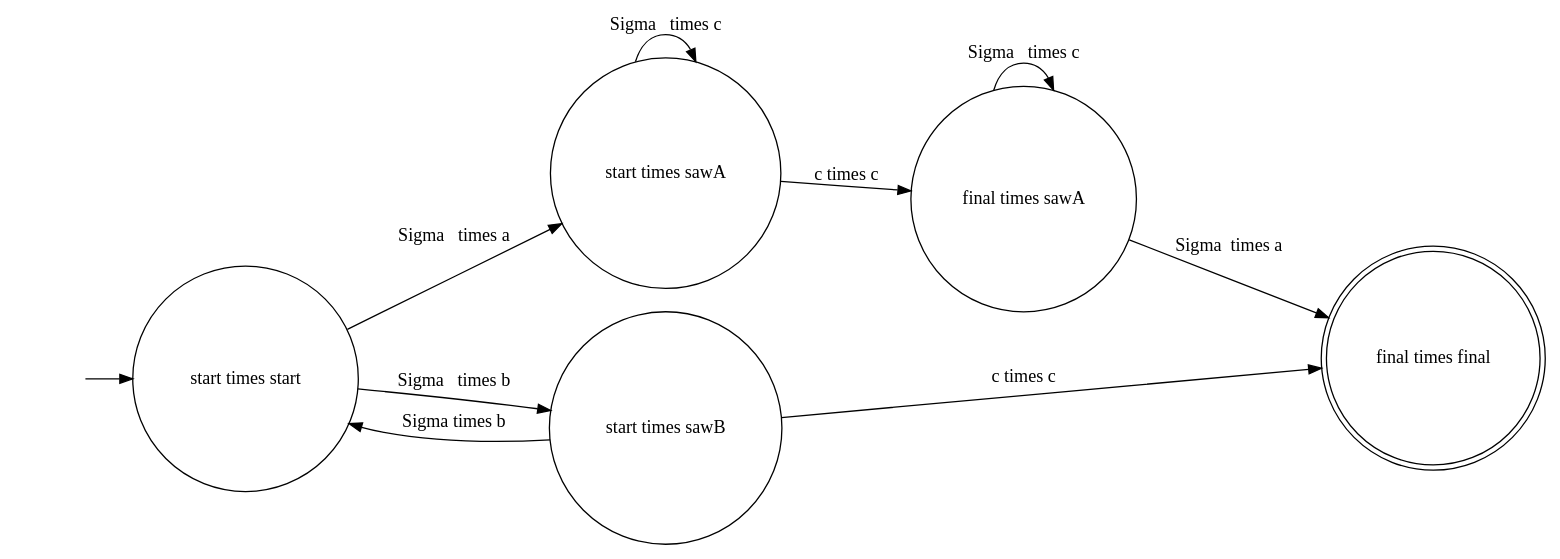
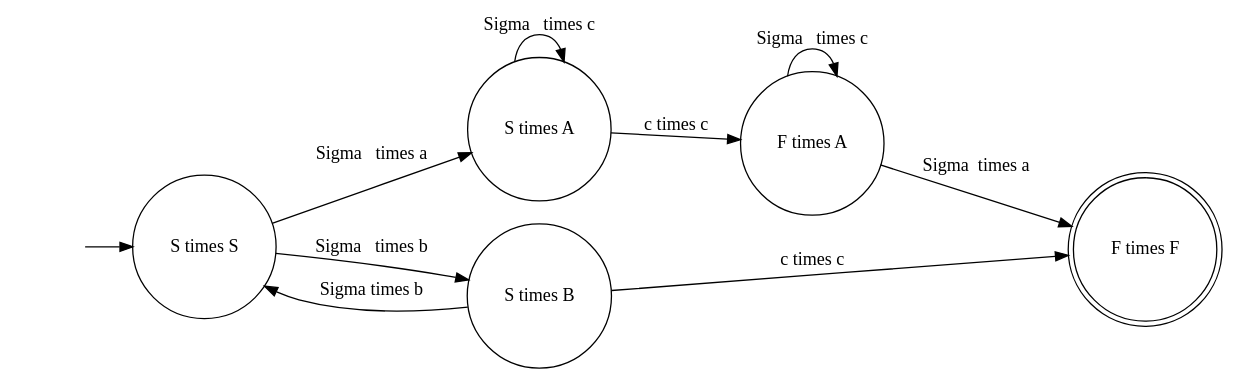
Before and after one commit to amandasystems/incremental-parikh-images: the diagram in original_product.dot, drawn with Graphviz. The commit also changed 14 other files, not shown here.

```diff
--- a/original_product.dot
+++ b/original_product.dot
@@ -1,17 +1,17 @@
 digraph Automaton {rankdir = LR;
 initial [shape=plaintext,label=""];
 initial -> start_AND_start;
-final_AND_sawA [shape=circle,label="final \times sawA"];
+final_AND_sawA [shape=circle,label="F \times A"];
 final_AND_sawA -> final_AND_sawA [label="\Sigma   \times c"]
 final_AND_sawA -> final_AND_final [label="\Sigma  \times a"]
-final_AND_final [shape=doublecircle,label="final \times final"];
-start_AND_sawA [shape=circle,label="start \times sawA"];
+final_AND_final [shape=doublecircle,label="F \times F"];
+start_AND_sawA [shape=circle,label="S \times A"];
 start_AND_sawA -> start_AND_sawA [label="\Sigma   \times c"]
 start_AND_sawA -> final_AND_sawA [label="c \times c"]
-start_AND_start [shape=circle,label="start \times start"];
+start_AND_start [shape=circle,label="S \times S"];
 start_AND_start -> start_AND_sawA [label="\Sigma   \times a"]
 start_AND_start -> start_AND_sawB [label="\Sigma   \times b"]
-start_AND_sawB [shape=circle,label="start \times sawB"];
+start_AND_sawB [shape=circle,label="S \times B"];
 start_AND_sawB -> start_AND_start [label="\Sigma \times b"]
 start_AND_sawB -> final_AND_final [label="c \times c"]
 }
```
